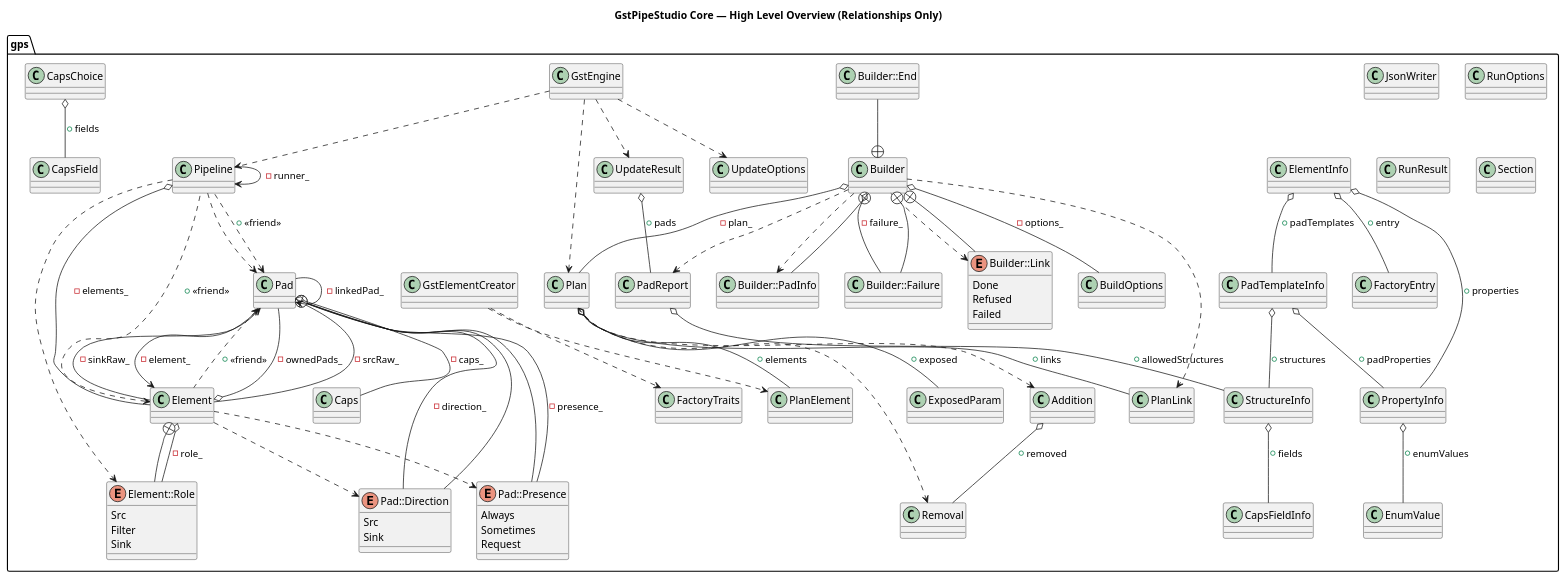
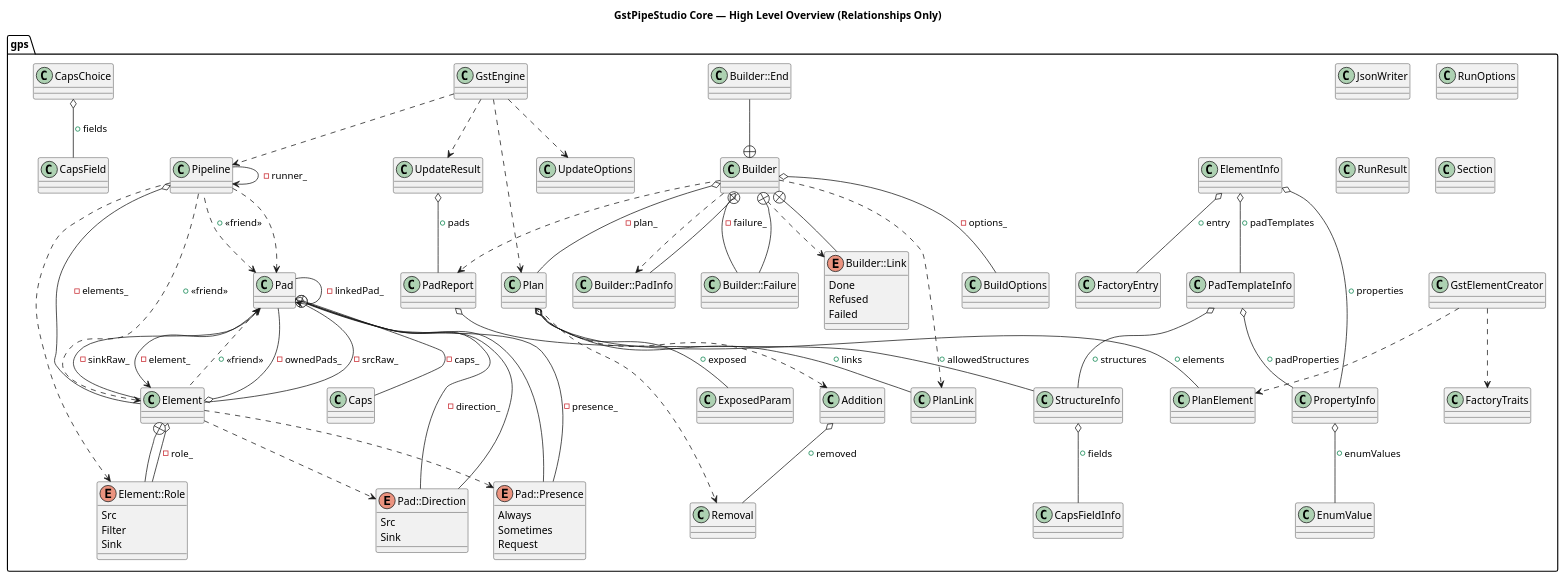
One commit to mevlt01001/GstPipeStudio changed the diagram in gstpipestudio/docs/uml/core_overview.puml. Above: the diagram before and after it, drawn with PlantUML. The commit also changed other lines of this file and 14 other files, not shown here.

Commit message:
docs(uml): update UML diagrams [skip ci]

```diff
--- a/gstpipestudio/docs/uml/core_overview.puml
+++ b/gstpipestudio/docs/uml/core_overview.puml
@@ -1,6 +1,38 @@
 @startuml
 title GstPipeStudio Core — High Level Overview (Relationships Only)
 package [gps] as C_0002518914159231142625 {
+class "FactoryTraits" as C_0013051742850553982975
+class C_0013051742850553982975 {
+__
+}
+class "PlanElement" as C_0007539717992276085532
+class C_0007539717992276085532 {
+__
+}
+class "PlanLink" as C_0006075855463494315183
+class C_0006075855463494315183 {
+__
+}
+class "ExposedParam" as C_0009995579580061596989
+class C_0009995579580061596989 {
+__
+}
+class "Removal" as C_0012887087281388355273
+class C_0012887087281388355273 {
+__
+}
+class "Addition" as C_0014123026597954571416
+class C_0014123026597954571416 {
+__
+}
+class "Plan" as C_0000028171970329881143
+class C_0000028171970329881143 {
+__
+}
+class "GstElementCreator" as C_0005222315936444744904
+class C_0005222315936444744904 {
+__
+}
 class "JsonWriter" as C_0010289958056822335974
 class C_0010289958056822335974 {
 __
@@ -31,34 +63,6 @@
 }
 class "ElementInfo" as C_0015854607360646402873
 class C_0015854607360646402873 {
-__
-}
-class "FactoryTraits" as C_0013051742850553982975
-class C_0013051742850553982975 {
-__
-}
-class "PlanElement" as C_0007539717992276085532
-class C_0007539717992276085532 {
-__
-}
-class "PlanLink" as C_0006075855463494315183
-class C_0006075855463494315183 {
-__
-}
-class "ExposedParam" as C_0009995579580061596989
-class C_0009995579580061596989 {
-__
-}
-class "Removal" as C_0012887087281388355273
-class C_0012887087281388355273 {
-__
-}
-class "Addition" as C_0014123026597954571416
-class C_0014123026597954571416 {
-__
-}
-class "Plan" as C_0000028171970329881143
-class C_0000028171970329881143 {
 __
 }
 class "PadReport" as C_0017990539626448234546
@@ -107,10 +111,6 @@
 Refused
 Failed
 }
-class "GstElementCreator" as C_0005222315936444744904
-class C_0005222315936444744904 {
-__
-}
 class "Caps" as C_0014040444836502338537
 class C_0014040444836502338537 {
 __
@@ -148,10 +148,6 @@
 class C_0001752346928852604195 {
 __
 }
-class "Section" as C_0015391064260961665124
-class C_0015391064260961665124 {
-__
-}
 class "CapsField" as C_0006508864473784456079
 class C_0006508864473784456079 {
 __
@@ -160,7 +156,19 @@
 class C_0017766622697688448882 {
 __
 }
+class "Section" as C_0015391064260961665124
+class C_0015391064260961665124 {
+__
 }
+}
+C_0014123026597954571416 o-- C_0012887087281388355273 : +removed
+C_0000028171970329881143 ..> C_0012887087281388355273
+C_0000028171970329881143 ..> C_0014123026597954571416
+C_0000028171970329881143 o-- C_0007539717992276085532 : +elements
+C_0000028171970329881143 o-- C_0006075855463494315183 : +links
+C_0000028171970329881143 o-- C_0009995579580061596989 : +exposed
+C_0005222315936444744904 ..> C_0007539717992276085532
+C_0005222315936444744904 ..> C_0013051742850553982975
 C_0005882221733675194402 o-- C_0012765824391351199139 : +enumValues
 C_0003746534394387167421 o-- C_0013410461275766476270 : +fields
 C_0007136070967673481743 o-- C_0003746534394387167421 : +structures
@@ -168,12 +176,6 @@
 C_0015854607360646402873 o-- C_0000440172370049072548 : +entry
 C_0015854607360646402873 o-- C_0007136070967673481743 : +padTemplates
 C_0015854607360646402873 o-- C_0005882221733675194402 : +properties
-C_0014123026597954571416 o-- C_0012887087281388355273 : +removed
-C_0000028171970329881143 ..> C_0012887087281388355273
-C_0000028171970329881143 ..> C_0014123026597954571416
-C_0000028171970329881143 o-- C_0007539717992276085532 : +elements
-C_0000028171970329881143 o-- C_0006075855463494315183 : +links
-C_0000028171970329881143 o-- C_0009995579580061596989 : +exposed
 C_0017990539626448234546 o-- C_0003746534394387167421 : +allowedStructures
 C_0013065720672133927035 o-- C_0017990539626448234546 : +pads
 C_0009118436794158611664 ..> C_0017990539626448234546
@@ -187,8 +189,6 @@
 C_0004291238238351396201 --+ C_0009118436794158611664
 C_0010578016348553779959 --+ C_0009118436794158611664
 C_0002012926535479199836 --+ C_0009118436794158611664
-C_0005222315936444744904 ..> C_0007539717992276085532
-C_0005222315936444744904 ..> C_0013051742850553982975
 C_0009518918721721265326 --> C_0001326683342747104663 : -element_
 C_0009518918721721265326 o-- C_0017606117253161268534 : -direction_
 C_0009518918721721265326 o-- C_0001294005907106994464 : -presence_
```
